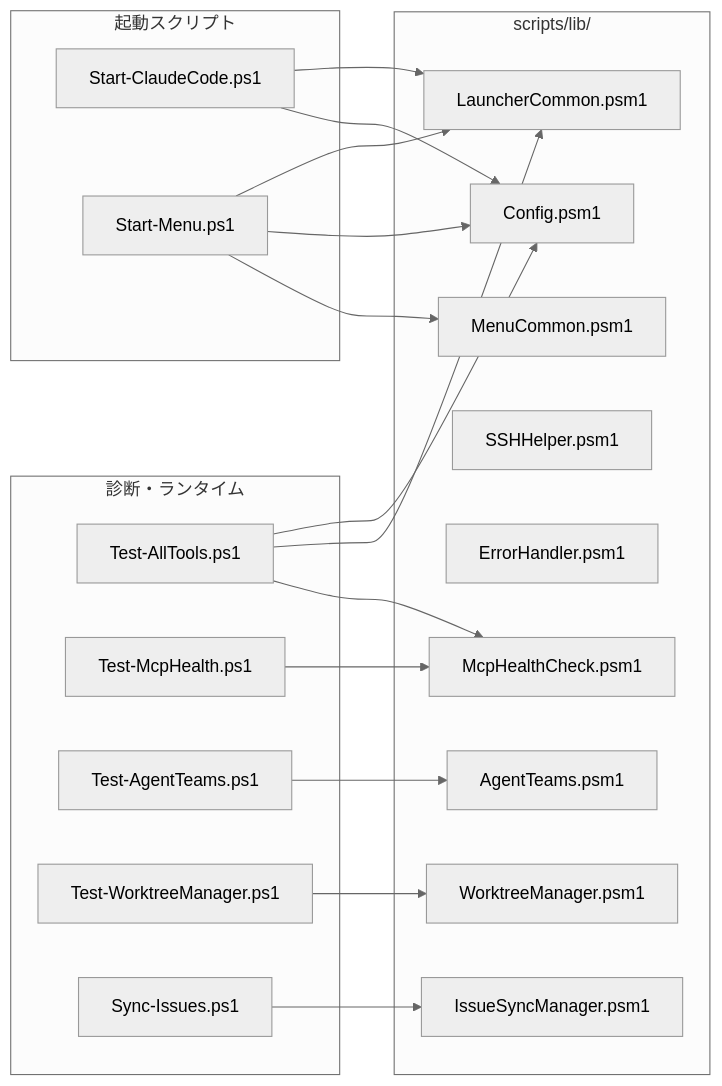
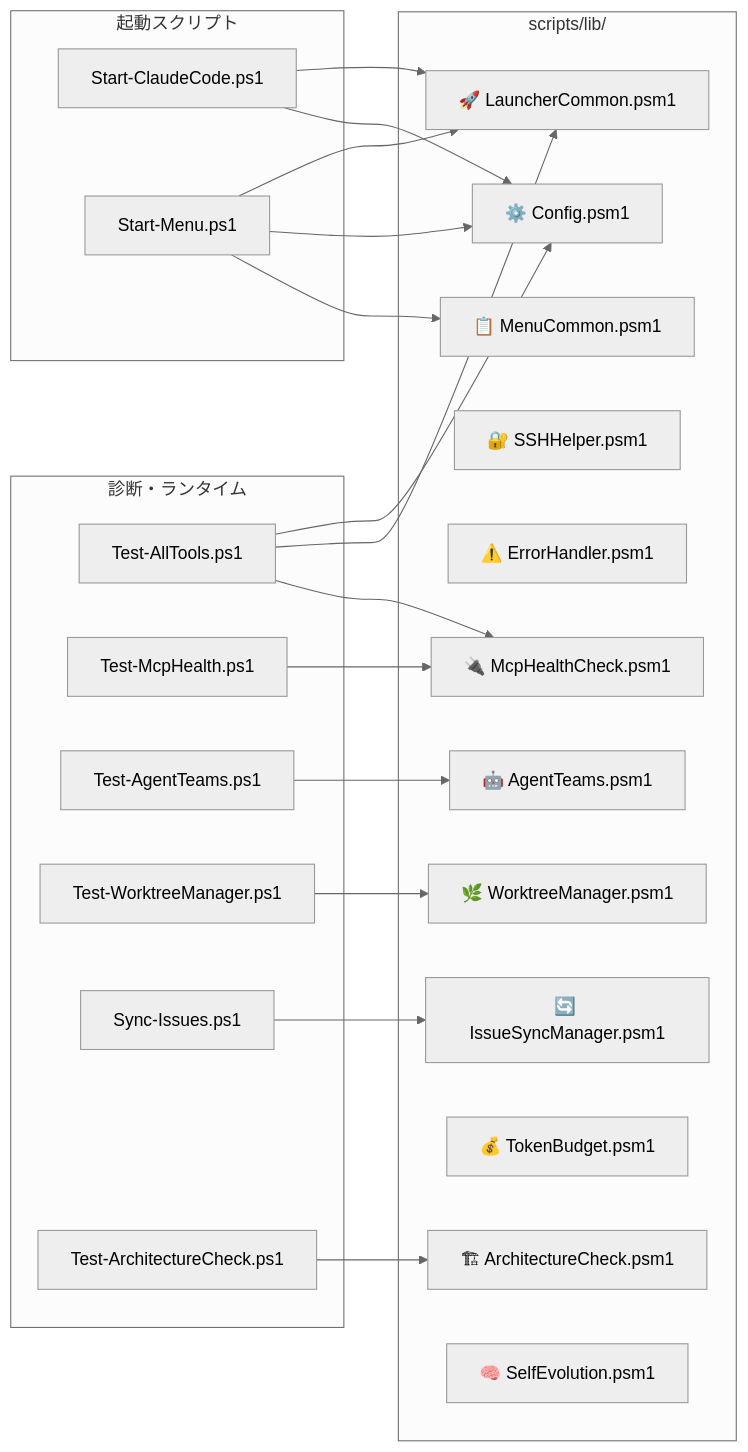
Before and after one commit to Kensan196948G/ClaudeCLI-CodexCLI-CopilotCLI-StartUpTools-New: the second of 4 diagrams in README.md, drawn with Mermaid (neutral theme). The commit also changed other lines of this file and 10 other files, not shown here.

First line of the commit message:
feat: Phase 3 — Self Evolution & Architecture Check Loop (Issue #49, #50)

````diff
--- a/README.md
+++ b/README.md
@@ -100,32 +102,36 @@
 ```mermaid
 graph LR
     subgraph "scripts/lib/"
-        Config["Config.psm1"]
-        Launcher["LauncherCommon.psm1"]
-        Menu["MenuCommon.psm1"]
-        SSH["SSHHelper.psm1"]
-        Error["ErrorHandler.psm1"]
-        MCP["McpHealthCheck.psm1"]
-        AT["AgentTeams.psm1"]
-        WT["WorktreeManager.psm1"]
-        IS["IssueSyncManager.psm1"]
+        Config["⚙️ Config.psm1"]
+        Launcher["🚀 LauncherCommon.psm1"]
+        Menu["📋 MenuCommon.psm1"]
+        SSH["🔐 SSHHelper.psm1"]
+        Error["⚠️ ErrorHandler.psm1"]
+        MCP["🔌 McpHealthCheck.psm1"]
+        AT["🤖 AgentTeams.psm1"]
+        WT["🌿 WorktreeManager.psm1"]
+        IS["🔄 IssueSyncManager.psm1"]
+        TB["💰 TokenBudget.psm1"]
+        AC["🏗 ArchitectureCheck.psm1"]
+        SE["🧠 SelfEvolution.psm1"]
     end
 
     subgraph "診断・ランタイム"
         TAT["Test-AllTools.ps1"] --> Config
         TAT --> Launcher
         TAT --> MCP
         TMH["Test-McpHealth.ps1"] --> MCP
         TAG["Test-AgentTeams.ps1"] --> AT
         TWT["Test-WorktreeManager.ps1"] --> WT
         SIS["Sync-Issues.ps1"] --> IS
+        TAC["Test-ArchitectureCheck.ps1"] --> AC
     end
 
     subgraph "起動スクリプト"
         SC["Start-ClaudeCode.ps1"] --> Launcher
         SC --> Config
         SM["Start-Menu.ps1"] --> Launcher
         SM --> Config
         SM --> Menu
     end
 ```
````
